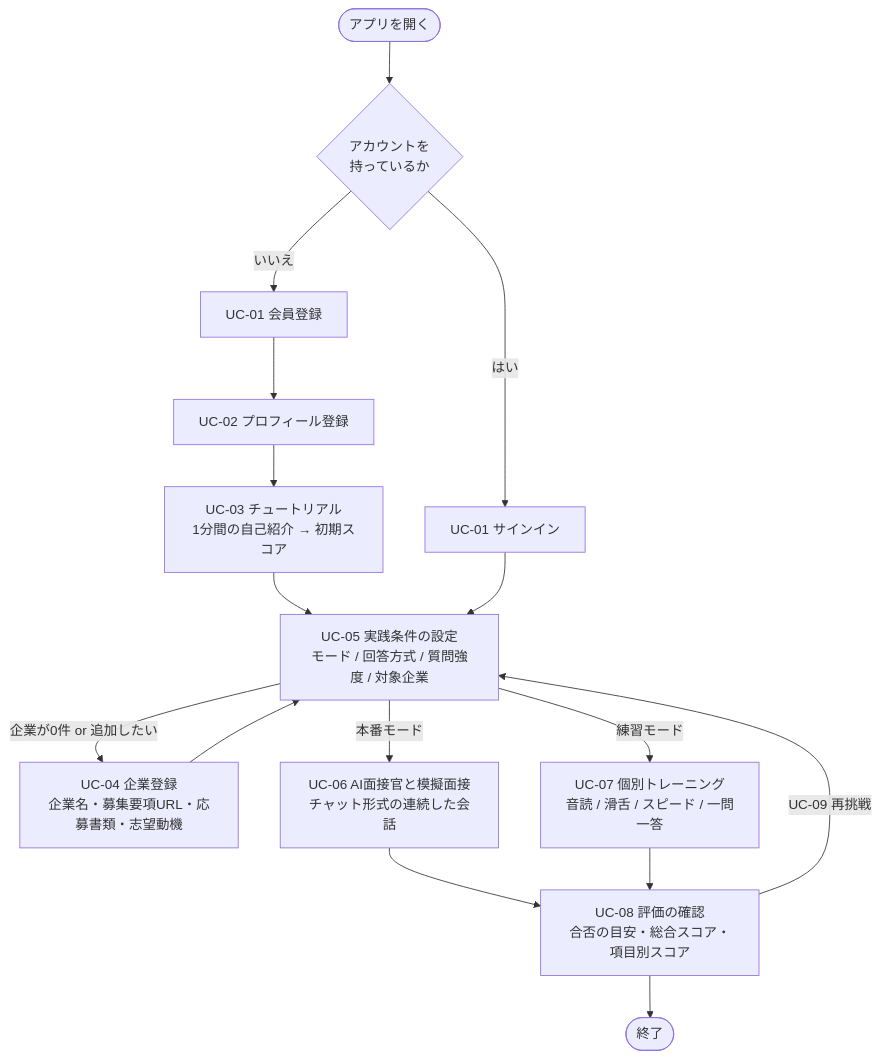
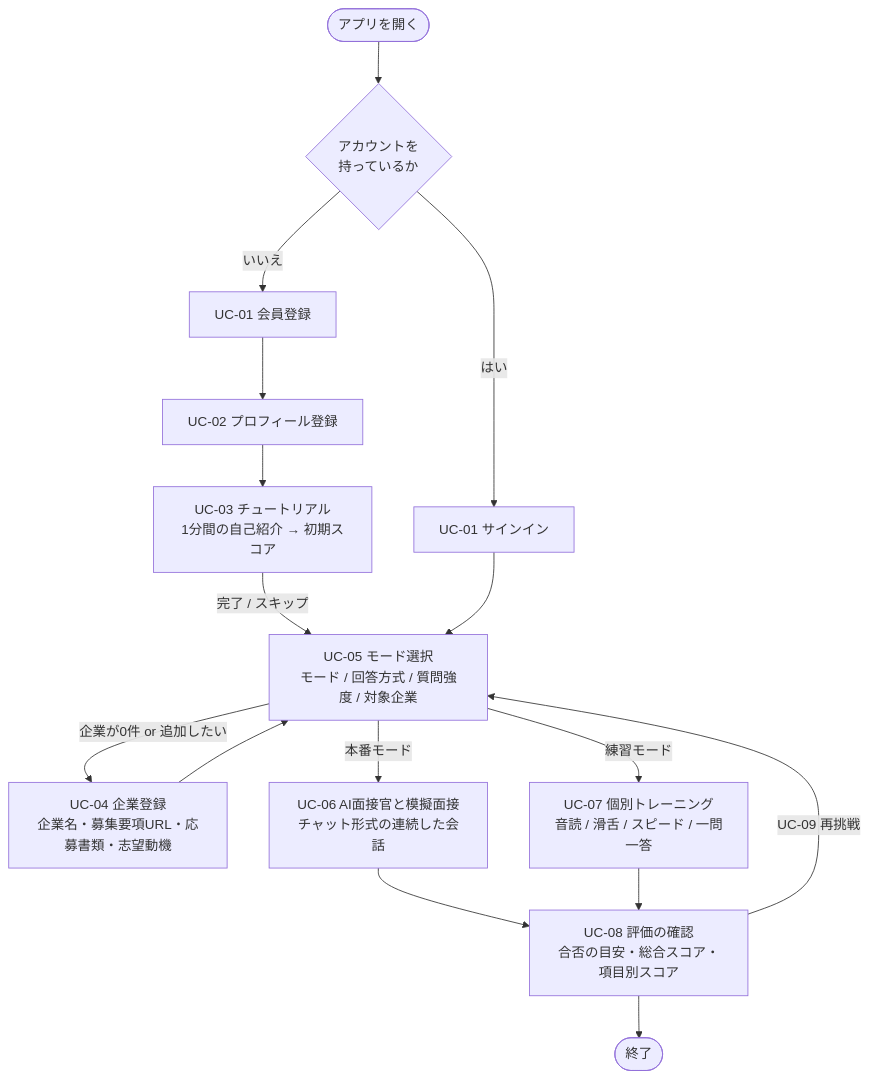
The diagram in documents/ユースケース・ユーザーフロー.md (study-basic-hackathon/hanasu), drawn with Mermaid before and after one commit. The commit also changed other lines of this file, not shown here.

````diff
--- a/documents/ユースケース・ユーザーフロー.md
+++ b/documents/ユースケース・ユーザーフロー.md
@@ -131,24 +131,24 @@
 ```mermaid
 flowchart TD
     open(["アプリを開く"]) --> auth{"アカウントを<br/>持っているか"}
     auth -->|いいえ| signup["UC-01 会員登録"]
     auth -->|はい| signin["UC-01 サインイン"]
 
     signup --> profile["UC-02 プロフィール登録"]
     profile --> tutorial["UC-03 チュートリアル<br/>1分間の自己紹介 → 初期スコア"]
-    tutorial --> setup
+    tutorial -->|完了 / スキップ| setup
 
-    signin --> setup["UC-05 実践条件の設定<br/>モード / 回答方式 / 質問強度 / 対象企業"]
+    signin --> setup["UC-05 モード選択<br/>モード / 回答方式 / 質問強度 / 対象企業"]
 
     setup -->|企業が0件 or 追加したい| company["UC-04 企業登録<br/>企業名・募集要項URL・応募書類・志望動機"]
     company --> setup
 
     setup -->|本番モード| honban["UC-06 AI面接官と模擬面接<br/>チャット形式の連続した会話"]
     setup -->|練習モード| renshu["UC-07 個別トレーニング<br/>音読 / 滑舌 / スピード / 一問一答"]
 
     honban --> result["UC-08 評価の確認<br/>合否の目安・総合スコア・項目別スコア"]
     renshu --> result
 
     result -->|UC-09 再挑戦| setup
     result --> finish(["終了"])
 ```
````
